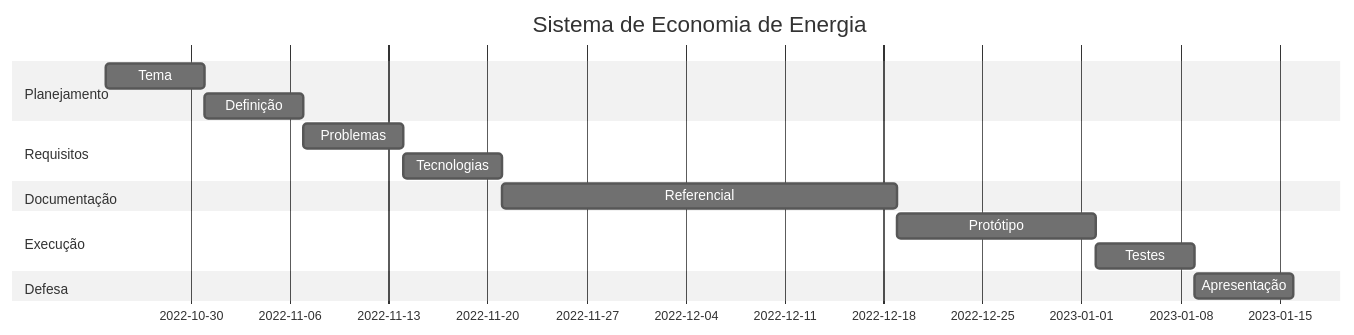
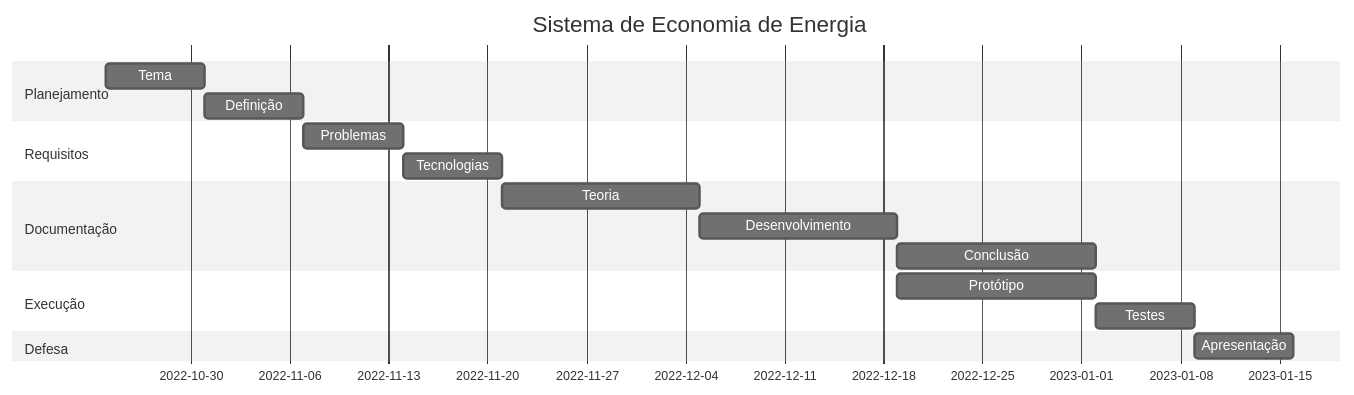
One commit to marcilio-freitas27/projeto-integrador-gantt changed the diagram in gantt.md. Above: the diagram before and after it, drawn with Mermaid (neutral theme).

Commit message:
Atualizando datas, seções e tarefas 3

````diff
--- a/gantt.md
+++ b/gantt.md
@@ -5,23 +5,25 @@
 ```mermaid
 gantt
     title Sistema de Economia de Energia
     dateFormat  YYYY-MM-DD
 
     section Planejamento
     Tema                :a1, 2022-10-24, 7d
     Definição           :a2, after a1, 7d
 
     section Requisitos
     Problemas           :b1, after a2  , 7d
     Tecnologias         :b2, after b1  ,7d
 
     section Documentação
-    Referencial         :c1, after b2, 28d
+    Teoria         :c1, after b2, 14d
+    Desenvolvimento      :c2, after c1, 14d
+    Conclusão       :c3, after c2, 14d
 
     section Execução
-    Protótipo           :d1, after c1, 14d
+    Protótipo           :d1, after c2, 14d
     Testes              :d2, after d1, 7d
 
     section Defesa
     Apresentação        :e1, after d2, 7d
 ```
````
